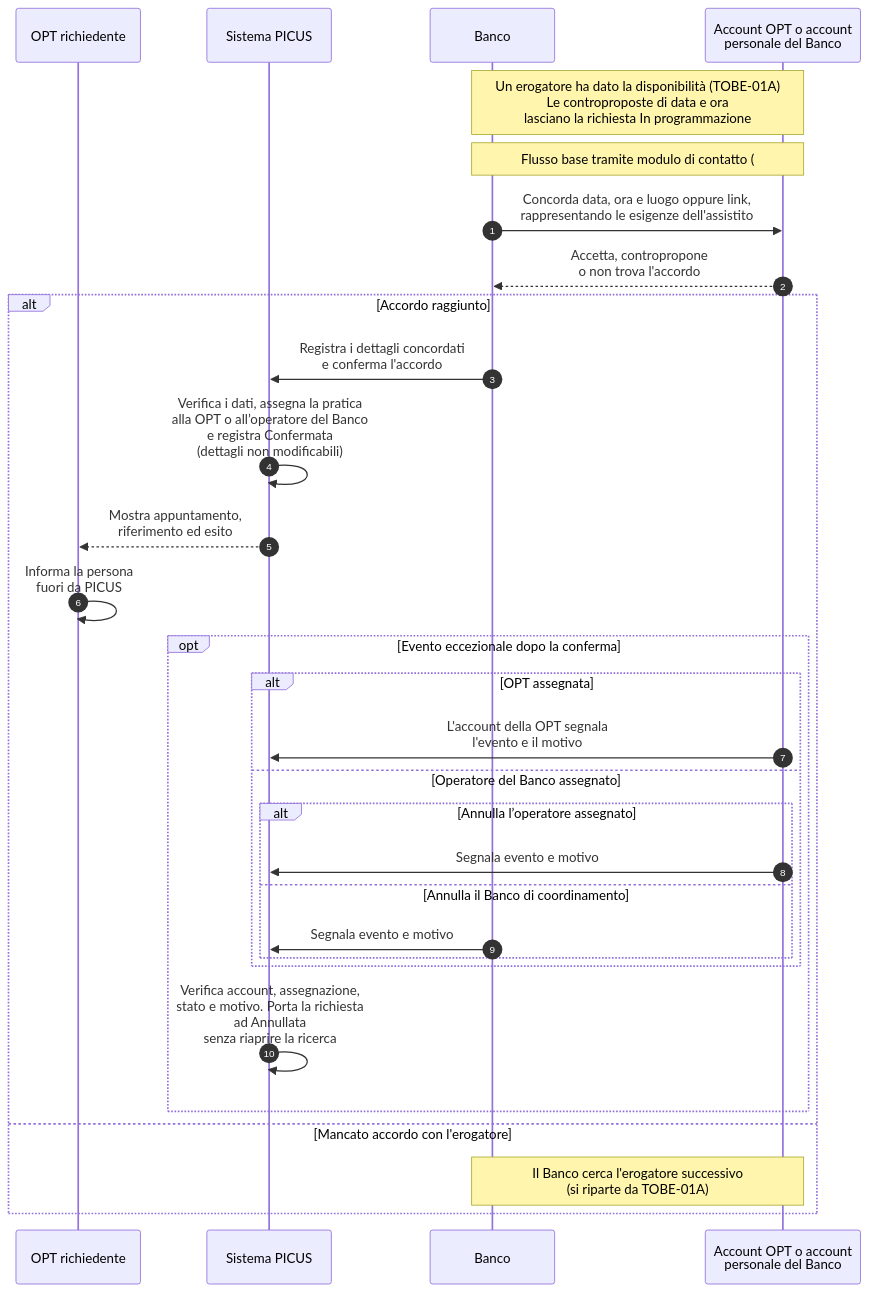
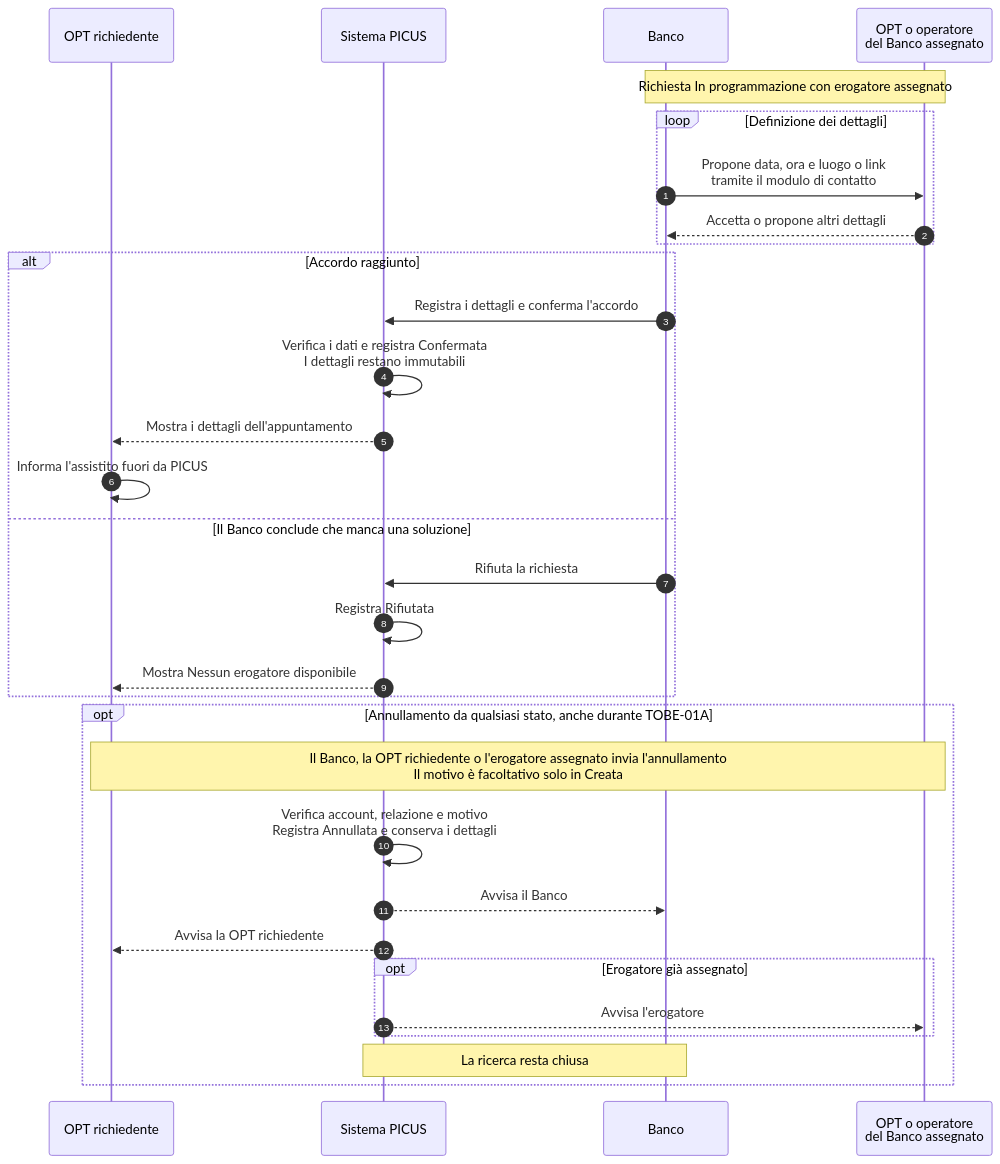
Before and after one commit to Pinguini-alla-Fragola/Progetto-SAD: the diagram in docs/requirements/diagrams/to-be/TOBE-01B-appuntamento-esito.mmd, drawn with Mermaid. The commit also changed 25 other files, not shown here.

```diff
--- a/docs/requirements/diagrams/to-be/TOBE-01B-appuntamento-esito.mmd
+++ b/docs/requirements/diagrams/to-be/TOBE-01B-appuntamento-esito.mmd
@@ -1,35 +1,35 @@
-%% TOBE-01B v0.3 - 07/11/2026
-%% Allineato alle scelte del gruppo registrate il 03/11/2026: Banco ed erogatore concordano i dettagli, solo il Banco li registra e conferma.
-%% Stato finale positivo Confermata: attesta l'accordo, non l'erogazione. Dopo la conferma i dettagli non cambiano.
-%% Annullata: solo per evento eccezionale, con motivo obbligatorio, secondo la matrice di #28 e #54.
+%% TOBE-01B v0.4 - 14/11/2026
+%% Accordo e annullamento. Si modella lo stato della sola richiesta.
 sequenceDiagram
     autonumber
     participant R as OPT richiedente
     participant S as Sistema PICUS
     participant B as Banco
-    participant E as Account OPT o account<br/>personale del Banco
+    participant E as OPT o operatore<br/>del Banco assegnato
 
-    Note over B,E: Un erogatore ha dato la disponibilità (TOBE-01A)<br/>Le controproposte di data e ora<br/>lasciano la richiesta In programmazione
-    Note over B,E: Flusso base tramite modulo di contatto (#38)<br/>Calendario OPT facoltativo per misura (#73)
-    B->>E: Concorda data, ora e luogo oppure link,<br/>rappresentando le esigenze dell'assistito
-    E-->>B: Accetta, contropropone<br/>o non trova l'accordo
+    Note over B,E: Richiesta In programmazione con erogatore assegnato
+    loop Definizione dei dettagli
+        B->>E: Propone data, ora e luogo o link<br/>tramite il modulo di contatto
+        E-->>B: Accetta o propone altri dettagli
+    end
     alt Accordo raggiunto
-        B->>S: Registra i dettagli concordati<br/>e conferma l'accordo
-        S->>S: Verifica i dati, assegna la pratica<br/>alla OPT o all’operatore del Banco<br/>e registra Confermata<br/>(dettagli non modificabili)
-        S-->>R: Mostra appuntamento,<br/>riferimento ed esito
-        R->>R: Informa la persona<br/>fuori da PICUS
-        opt Evento eccezionale dopo la conferma
-            alt OPT assegnata
-                E->>S: L'account della OPT segnala<br/>l'evento e il motivo
-            else Operatore del Banco assegnato
-                alt Annulla l’operatore assegnato
-                    E->>S: Segnala evento e motivo
-                else Annulla il Banco di coordinamento
-                    B->>S: Segnala evento e motivo
-                end
-            end
-            S->>S: Verifica account, assegnazione,<br/>stato e motivo. Porta la richiesta<br/>ad Annullata<br/>senza riaprire la ricerca
+        B->>S: Registra i dettagli e conferma l'accordo
+        S->>S: Verifica i dati e registra Confermata<br/>I dettagli restano immutabili
+        S-->>R: Mostra i dettagli dell'appuntamento
+        R->>R: Informa l'assistito fuori da PICUS
+    else Il Banco conclude che manca una soluzione
+        B->>S: Rifiuta la richiesta
+        S->>S: Registra Rifiutata
+        S-->>R: Mostra Nessun erogatore disponibile
+    end
+
+    opt Annullamento da qualsiasi stato, anche durante TOBE-01A
+        Note over R,E: Il Banco, la OPT richiedente o l'erogatore assegnato invia l'annullamento<br/>Il motivo è facoltativo solo in Creata
+        S->>S: Verifica account, relazione e motivo<br/>Registra Annullata e conserva i dettagli
+        S-->>B: Avvisa il Banco
+        S-->>R: Avvisa la OPT richiedente
+        opt Erogatore già assegnato
+            S-->>E: Avvisa l'erogatore
         end
-    else Mancato accordo con l'erogatore
-        Note over B,E: Il Banco cerca l'erogatore successivo<br/>(si riparte da TOBE-01A)
+        Note over S,B: La ricerca resta chiusa
     end
```
